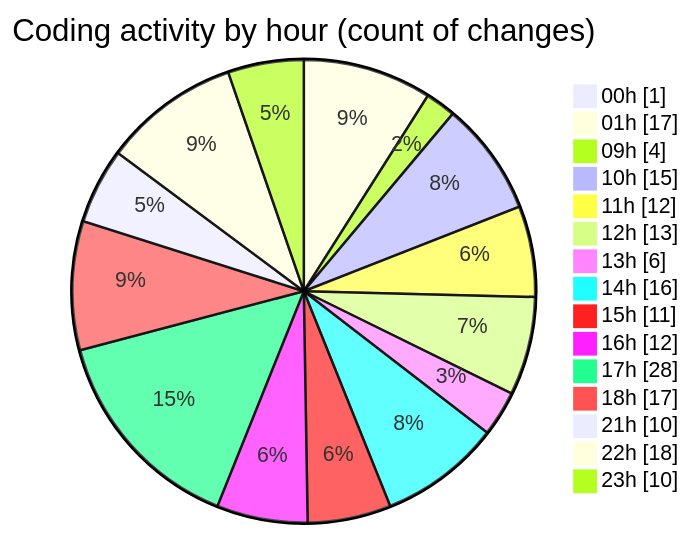
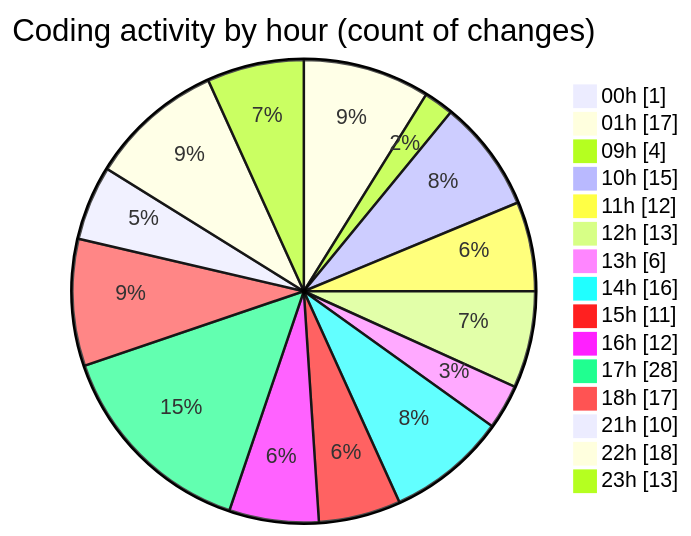
One commit to julien-gomy/code-tracking changed the second of 2 diagrams in 2025-11-01/cdp_aleoudev_fr__workspace_/README.md. Above: the diagram before and after it, drawn with Mermaid. The commit also changed other lines of this file and 1 other file, not shown here.

````diff
--- a/2025-11-01/cdp_aleoudev_fr__workspace_/README.md
+++ b/2025-11-01/cdp_aleoudev_fr__workspace_/README.md
@@ -52,19 +52,19 @@
 ```mermaid
 pie showData
 title Coding activity by hour (count of changes)
 "00h" : 1
 "01h" : 17
 "09h" : 4
 "10h" : 15
 "11h" : 12
 "12h" : 13
 "13h" : 6
 "14h" : 16
 "15h" : 11
 "16h" : 12
 "17h" : 28
 "18h" : 17
 "21h" : 10
 "22h" : 18
-"23h" : 10
+"23h" : 13
 ```
````
